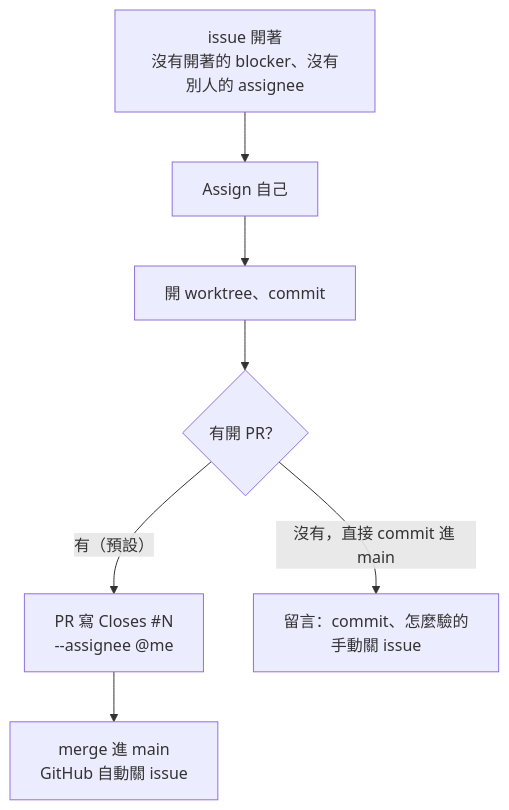
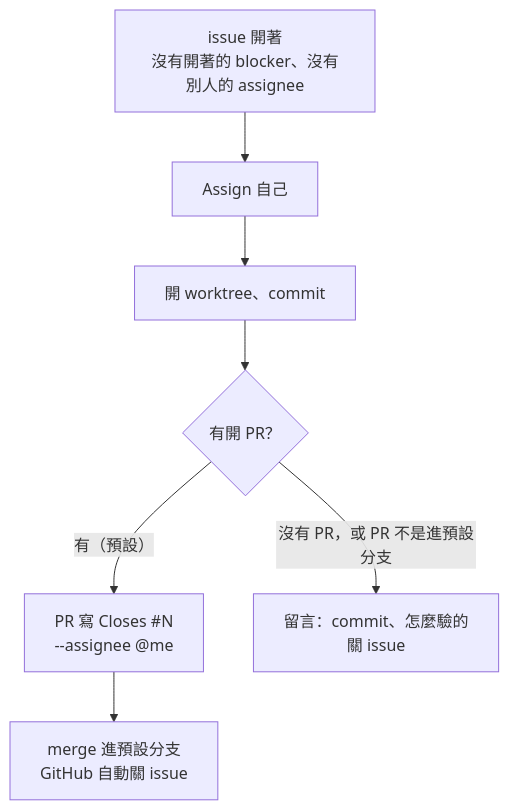
The first of 2 diagrams in docs/issue-lifecycle.md (henry5720/dotfiles), drawn with Mermaid before and after one commit. The commit also changed other lines of this file and 1 other file, not shown here.

````diff
--- a/docs/issue-lifecycle.md
+++ b/docs/issue-lifecycle.md
@@ -8,9 +8,9 @@
 ```mermaid
 flowchart TD
   A["issue 開著<br/>沒有開著的 blocker、沒有別人的 assignee"] --> B["Assign 自己"]
   B --> C["開 worktree、commit"]
   C --> D{"有開 PR？"}
   D -- "有（預設）" --> E["PR 寫 Closes #N<br/>--assignee @me"]
-  E --> F["merge 進 main<br/>GitHub 自動關 issue"]
-  D -- "沒有，直接 commit 進 main" --> G["留言：commit、怎麼驗的<br/>手動關 issue"]
+  E --> F["merge 進預設分支<br/>GitHub 自動關 issue"]
+  D -- "沒有 PR，或 PR 不是進預設分支" --> G["留言：commit、怎麼驗的<br/>關 issue"]
 ```
````
